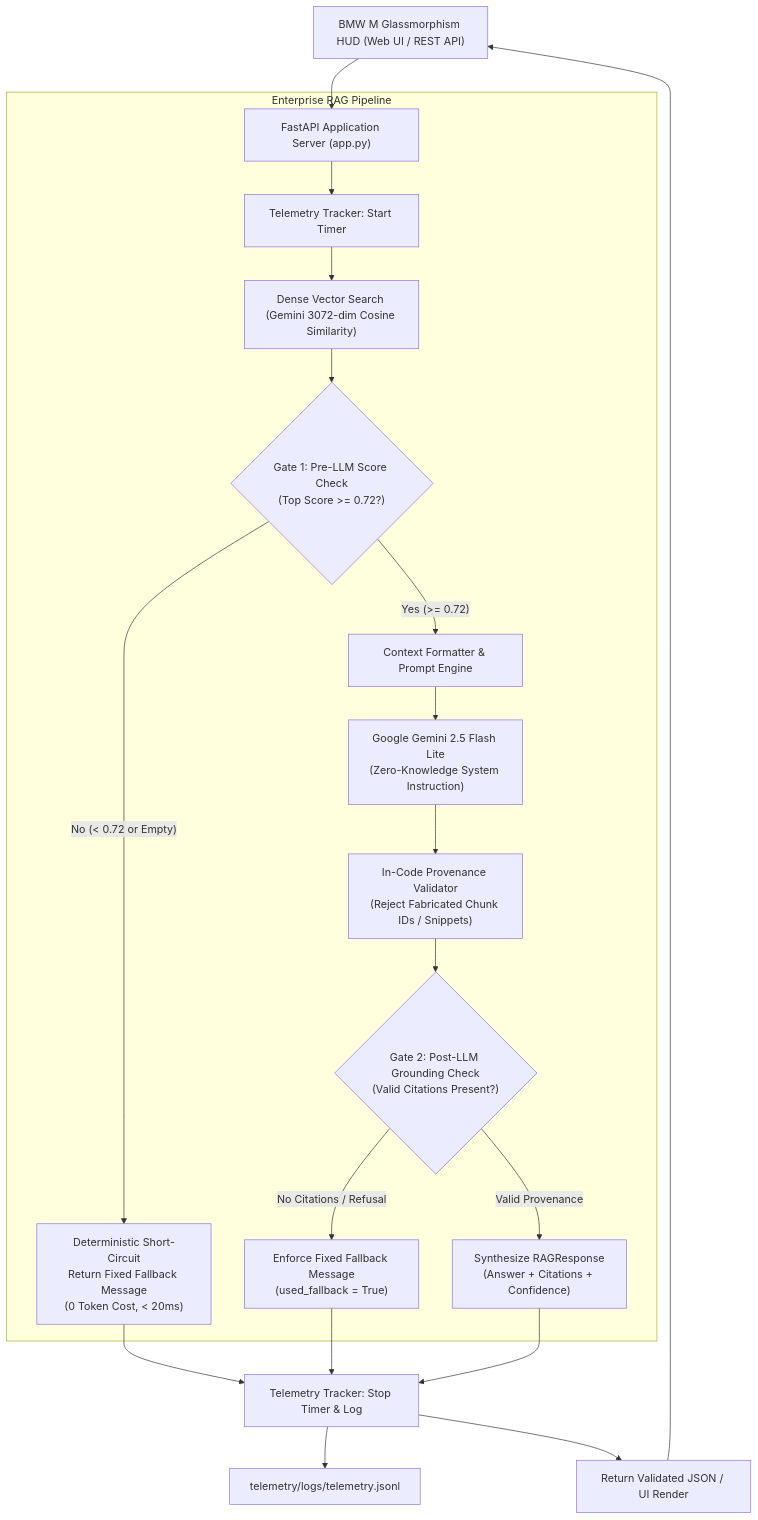
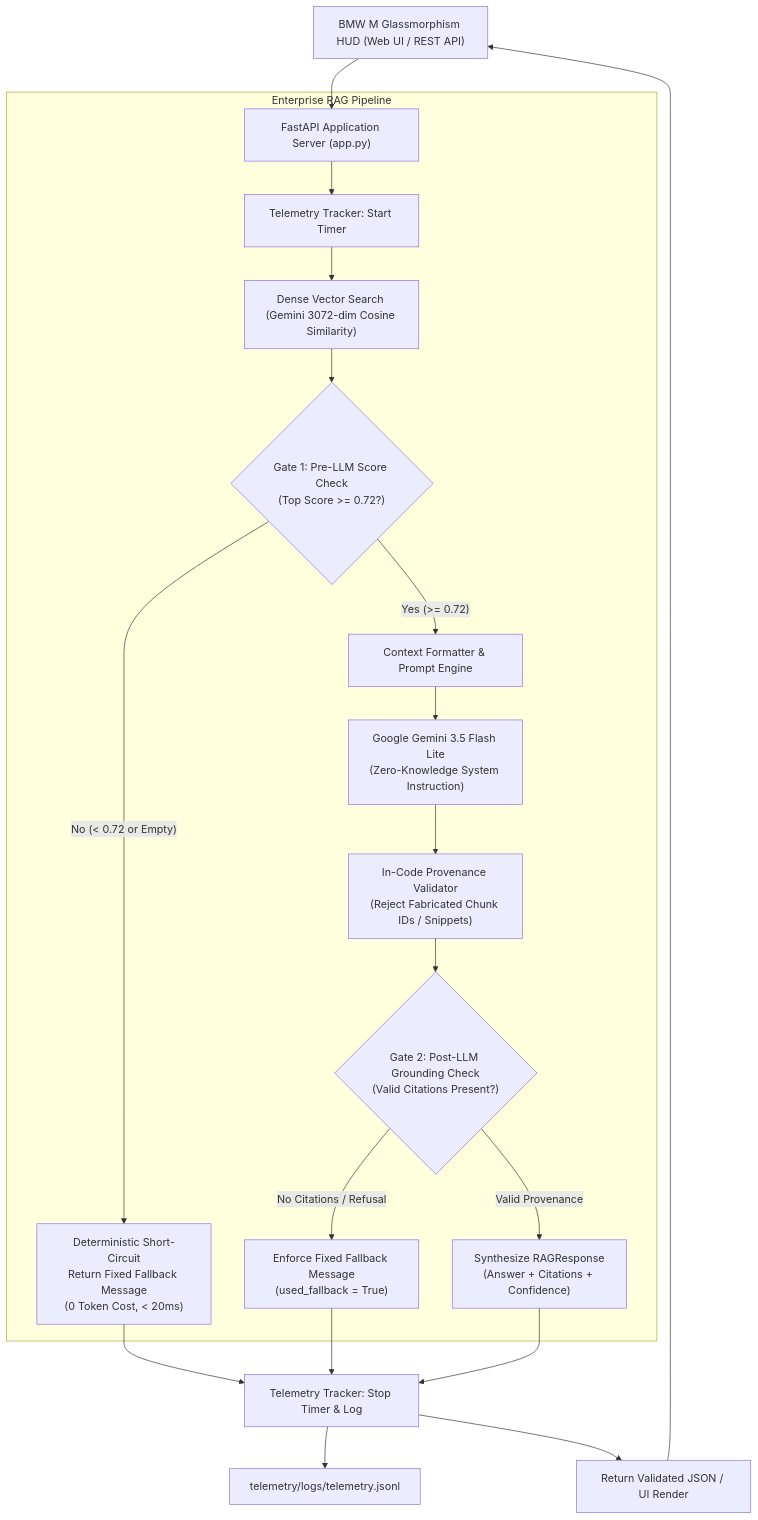
One commit to Debanshu17/bmw-ai-chatbot-v2 changed the diagram in README.md. Above: the diagram before and after it, drawn with Mermaid. The commit also changed other lines of this file and 9 other files, not shown here.

````diff
--- a/README.md
+++ b/README.md
@@ -17,30 +17,30 @@
 ```mermaid
 flowchart TD
     Client["BMW M Glassmorphism HUD (Web UI / REST API)"] --> FastAPI["FastAPI Application Server (app.py)"]
     
     subgraph Core ["Enterprise RAG Pipeline"]
         FastAPI --> TelemetryStart["Telemetry Tracker: Start Timer"]
         TelemetryStart --> VectorSearch["Dense Vector Search (Gemini 3072-dim Cosine Similarity)"]
         
         VectorSearch --> Gate1{"Gate 1: Pre-LLM Score Check\n(Top Score >= 0.72?)"}
         
         Gate1 -- "No (< 0.72 or Empty)" --> FastFallback["Deterministic Short-Circuit\nReturn Fixed Fallback Message\n(0 Token Cost, < 20ms)"]
         
         Gate1 -- "Yes (>= 0.72)" --> PromptEngine["Context Formatter & Prompt Engine"]
-        PromptEngine --> LLM["Google Gemini 2.5 Flash Lite\n(Zero-Knowledge System Instruction)"]
+        PromptEngine --> LLM["Google Gemini 3.5 Flash Lite\n(Zero-Knowledge System Instruction)"]
         
         LLM --> Validator["In-Code Provenance Validator\n(Reject Fabricated Chunk IDs / Snippets)"]
         Validator --> Gate2{"Gate 2: Post-LLM Grounding Check\n(Valid Citations Present?)"}
         
         Gate2 -- "No Citations / Refusal" --> FallbackClean["Enforce Fixed Fallback Message\n(used_fallback = True)"]
         Gate2 -- "Valid Provenance" --> ValidResponse["Synthesize RAGResponse\n(Answer + Citations + Confidence)"]
     end
     
     FastFallback --> TelemetryStop["Telemetry Tracker: Stop Timer & Log"]
     FallbackClean --> TelemetryStop
     ValidResponse --> TelemetryStop
     
     TelemetryStop --> Logs["telemetry/logs/telemetry.jsonl"]
     TelemetryStop --> APIOutput["Return Validated JSON / UI Render"]
     APIOutput --> Client
 ```
````
